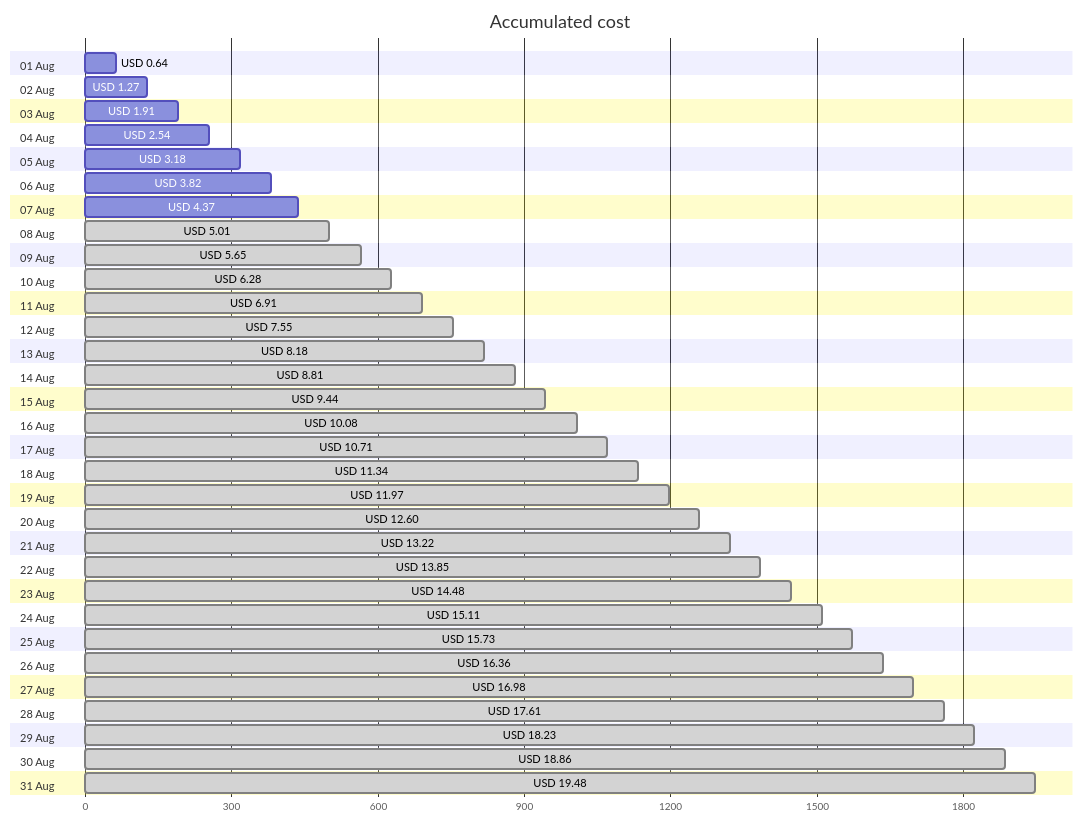
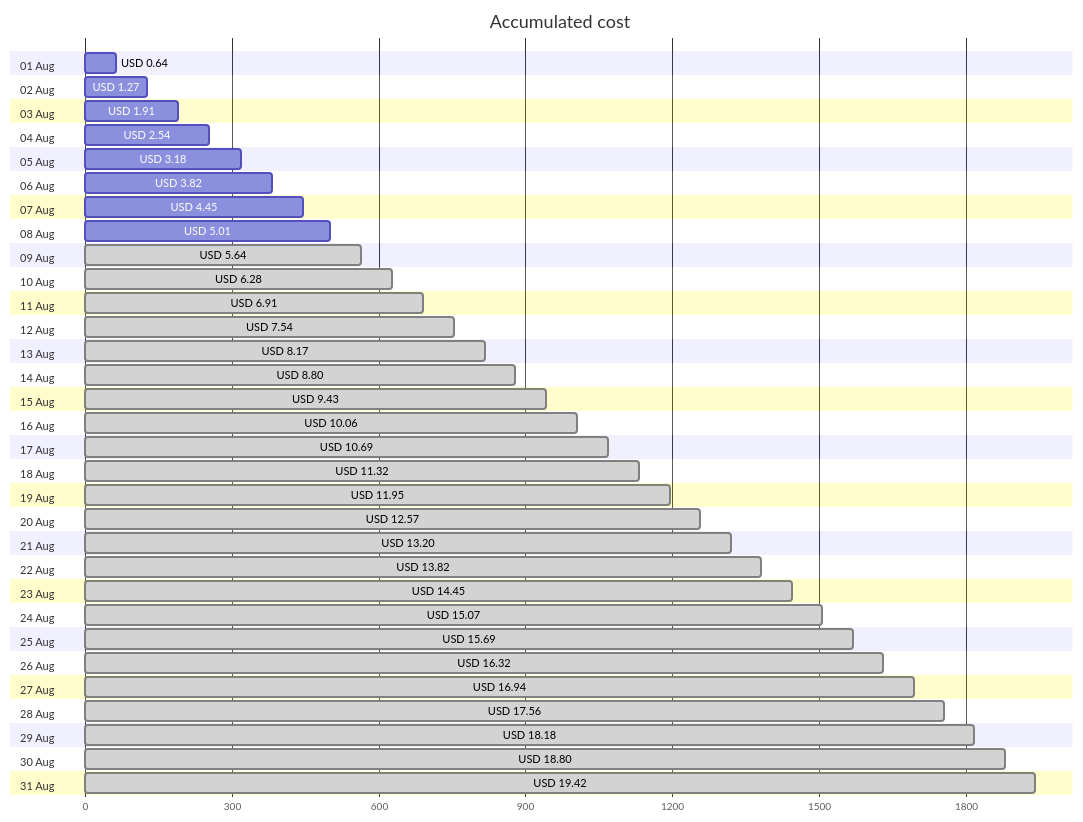
Before and after one commit to jpfulton/azure-personal-reports: the first of 4 diagrams in cost-reports/accumulated-cost.md, drawn with Mermaid. The commit also changed other lines of this file and 4 other files, not shown here.

````diff
--- a/cost-reports/accumulated-cost.md
+++ b/cost-reports/accumulated-cost.md
@@ -20,68 +20,68 @@
 ```mermaid
 gantt
    title Accumulated cost
    dateFormat  X
    axisFormat %s
    section 01 Aug
    USD 0.64 :0, 64
    section 02 Aug
    USD 1.27 :0, 127
    section 03 Aug
    USD 1.91 :0, 191
    section 04 Aug
    USD 2.54 :0, 254
    section 05 Aug
    USD 3.18 :0, 318
    section 06 Aug
    USD 3.82 :0, 382
    section 07 Aug
-   USD 4.37 :0, 437
+   USD 4.45 :0, 445
    section 08 Aug
-   USD 5.01 : done, 0, 501
+   USD 5.01 :0, 501
    section 09 Aug
-   USD 5.65 : done, 0, 565
+   USD 5.64 : done, 0, 564
    section 10 Aug
    USD 6.28 : done, 0, 628
    section 11 Aug
    USD 6.91 : done, 0, 691
    section 12 Aug
-   USD 7.55 : done, 0, 755
+   USD 7.54 : done, 0, 754
    section 13 Aug
-   USD 8.18 : done, 0, 818
+   USD 8.17 : done, 0, 817
    section 14 Aug
-   USD 8.81 : done, 0, 881
+   USD 8.80 : done, 0, 880
    section 15 Aug
-   USD 9.44 : done, 0, 944
+   USD 9.43 : done, 0, 943
    section 16 Aug
-   USD 10.08 : done, 0, 1008
+   USD 10.06 : done, 0, 1006
    section 17 Aug
-   USD 10.71 : done, 0, 1071
+   USD 10.69 : done, 0, 1069
    section 18 Aug
-   USD 11.34 : done, 0, 1134
+   USD 11.32 : done, 0, 1132
    section 19 Aug
-   USD 11.97 : done, 0, 1197
+   USD 11.95 : done, 0, 1195
    section 20 Aug
-   USD 12.60 : done, 0, 1260
+   USD 12.57 : done, 0, 1257
    section 21 Aug
-   USD 13.22 : done, 0, 1322
+   USD 13.20 : done, 0, 1320
    section 22 Aug
-   USD 13.85 : done, 0, 1385
+   USD 13.82 : done, 0, 1382
    section 23 Aug
-   USD 14.48 : done, 0, 1448
+   USD 14.45 : done, 0, 1445
    section 24 Aug
-   USD 15.11 : done, 0, 1511
+   USD 15.07 : done, 0, 1507
    section 25 Aug
-   USD 15.73 : done, 0, 1573
+   USD 15.69 : done, 0, 1569
    section 26 Aug
-   USD 16.36 : done, 0, 1636
+   USD 16.32 : done, 0, 1632
    section 27 Aug
-   USD 16.98 : done, 0, 1698
+   USD 16.94 : done, 0, 1694
    section 28 Aug
-   USD 17.61 : done, 0, 1761
+   USD 17.56 : done, 0, 1756
    section 29 Aug
-   USD 18.23 : done, 0, 1823
+   USD 18.18 : done, 0, 1818
    section 30 Aug
-   USD 18.86 : done, 0, 1886
+   USD 18.80 : done, 0, 1880
    section 31 Aug
-   USD 19.48 : done, 0, 1948
+   USD 19.42 : done, 0, 1942
 ```
````
